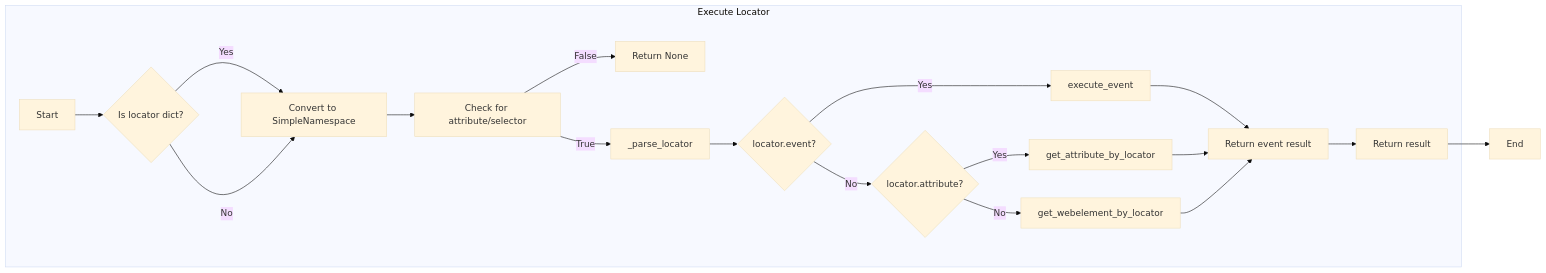
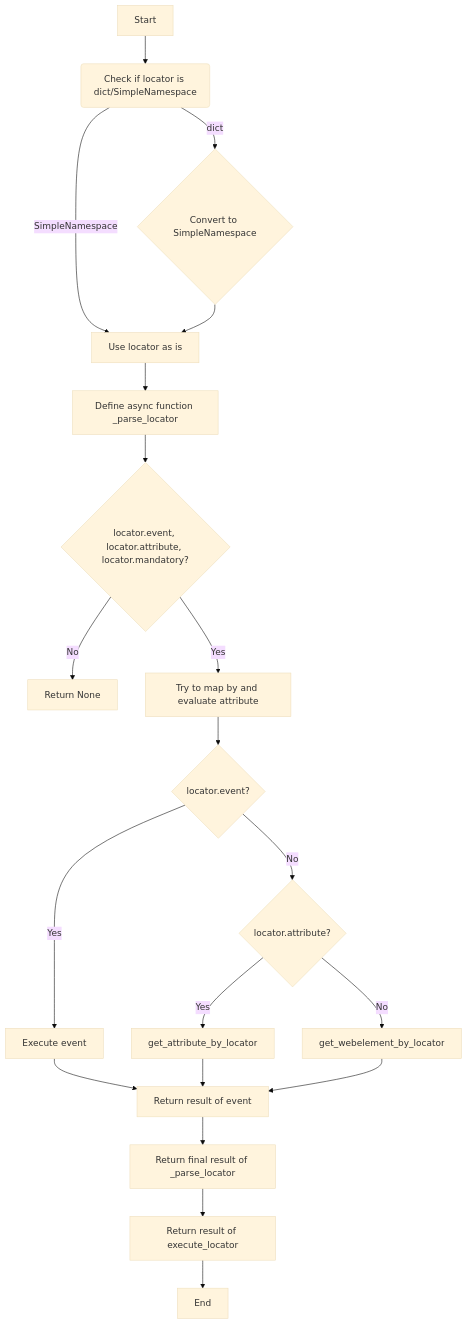
One commit to hypo69/hypo changed the diagram in docs/gemini/ru/explainer/src/webdriver/executor.md. Above: the diagram before and after it, drawn with Mermaid (base theme). The commit also changed other lines of this file and 877 other files, not shown here.

````diff
--- a/docs/gemini/ru/explainer/src/webdriver/executor.md
+++ b/docs/gemini/ru/explainer/src/webdriver/executor.md
@@ -49,21 +89,22 @@
 ```mermaid
-graph LR
-    subgraph Execute Locator
-        A[Start] --> B{Is locator dict?};
-        B -- Yes --> C[Convert to SimpleNamespace];
-        B -- No --> C;
-        C --> D[Check for attribute/selector];
-        D -- False --> E[Return None];
-        D -- True --> F[_parse_locator];
-        F --> G{locator.event?};
-        G -- Yes --> H[execute_event];
-        G -- No --> I{locator.attribute?};
-        I -- Yes --> J[get_attribute_by_locator];
-        I -- No --> K[get_webelement_by_locator];
-        H --> L[Return event result];
-        J --> L;
-        K --> L;
-        L --> M[Return result];
-    end
-    M --> N[End];
+graph TD
+    A[Start] --> B(Check if locator is dict/SimpleNamespace);
+    B -- dict --> C{Convert to SimpleNamespace};
+    B -- SimpleNamespace --> D[Use locator as is];
+    C --> D;
+    D --> E[Define async function _parse_locator];
+    E --> F{locator.event, locator.attribute, locator.mandatory?}
+    F -- No --> G[Return None];
+    F -- Yes --> H[Try to map by and evaluate attribute];
+    H --> I{locator.event?};
+    I -- Yes --> J[Execute event];
+    I -- No --> K{locator.attribute?};
+    K -- Yes --> L[get_attribute_by_locator];
+    K -- No --> M[get_webelement_by_locator];
+    J --> N[Return result of event];
+    L --> N;
+    M --> N;
+    N --> O[Return final result of _parse_locator];
+    O --> P[Return result of execute_locator];
+    P --> Q[End];
 ```
````
